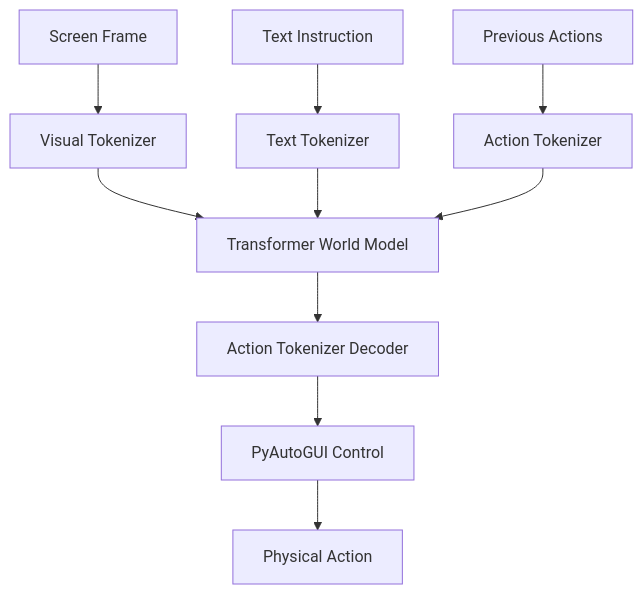
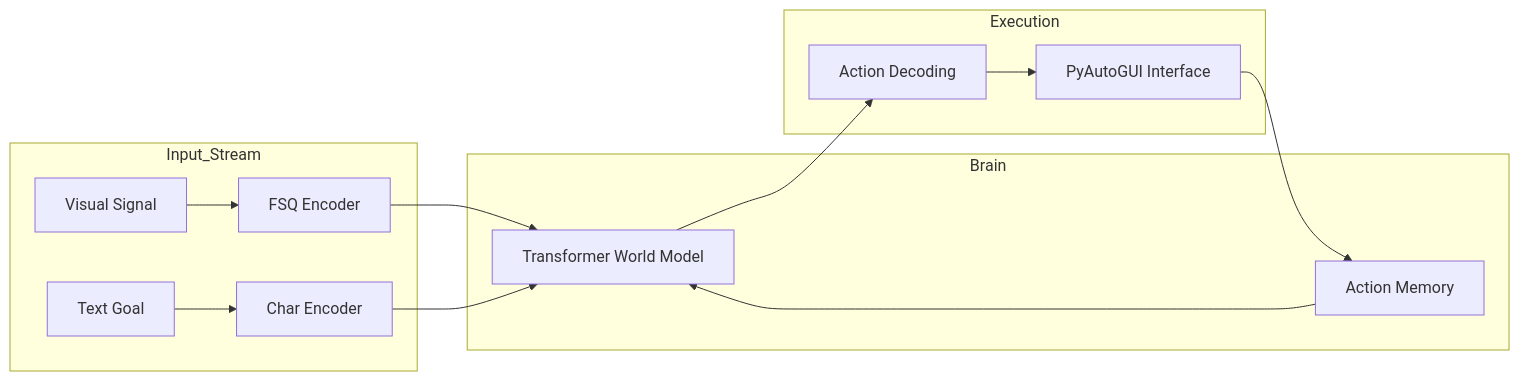
The diagram in README.md (Shylin26/MARROW), drawn with Mermaid before and after one commit. The commit also changed other lines of this file, not shown here.

Commit message:
docs: overhaul README with rigorous technical specifications and FSQ-VLA documentation

````diff
--- a/README.md
+++ b/README.md
@@ -29,12 +48,20 @@
 ```mermaid
-graph TD
-    A[Screen Frame] --> B[Visual Tokenizer]
-    C[Text Instruction] --> D[Text Tokenizer]
-    E[Previous Actions] --> F[Action Tokenizer]
-    B --> G[Transformer World Model]
-    D --> G
-    F --> G
-    G --> H[Action Tokenizer Decoder]
-    H --> I[PyAutoGUI Control]
-    I --> J[Physical Action]
+graph LR
+    subgraph Input_Stream
+        A[Visual Signal] --> B[FSQ Encoder]
+        C[Text Goal] --> D[Char Encoder]
+    end
+    
+    subgraph Brain
+        B --> E[Transformer World Model]
+        D --> E
+        H[Action Memory] --> E
+    end
+    
+    subgraph Execution
+        E --> F[Action Decoding]
+        F --> G[PyAutoGUI Interface]
+    end
+    
+    G --> H
 ```
````
